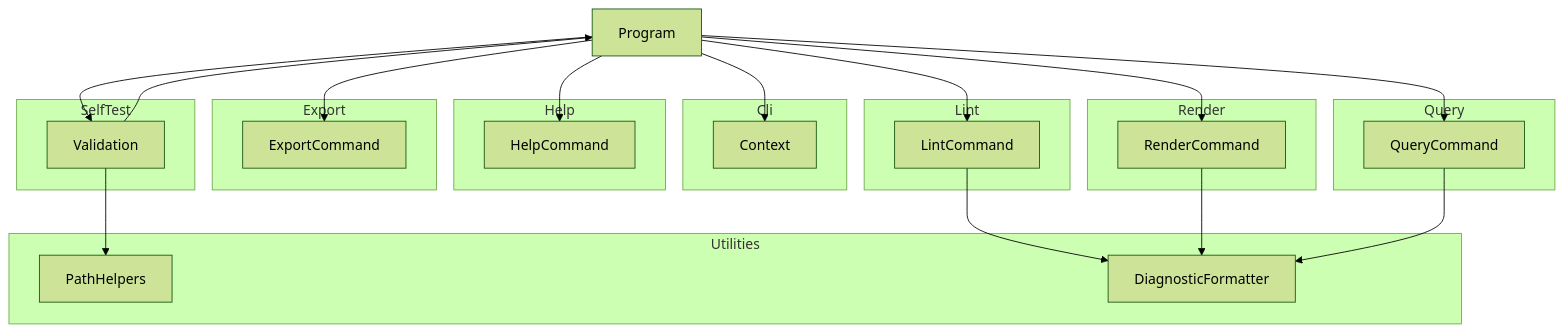
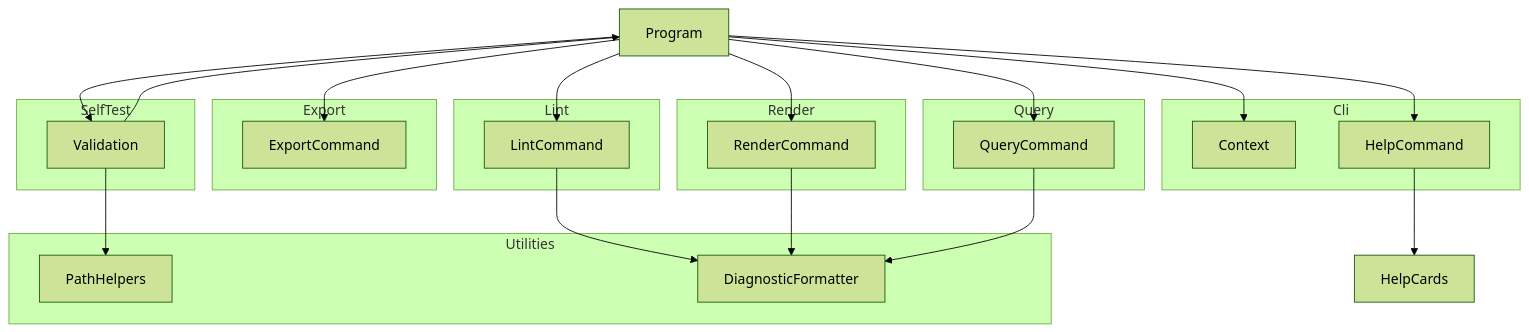
Before and after one commit to demaconsulting/SysML2Tools: the diagram in docs/design/sysml2-tools-tool.md, drawn with Mermaid (forest theme). The commit also changed other lines of this file and 93 other files, not shown here.

First line of the commit message:
Built-in help: migrate to HelpCards (#174)

````diff
--- a/docs/design/sysml2-tools-tool.md
+++ b/docs/design/sysml2-tools-tool.md
@@ -11,41 +11,40 @@
 ```mermaid
 flowchart TD
     Program
     subgraph Cli
         Context
+        HelpCommand
     end
     subgraph Lint
         LintCommand
     end
     subgraph Render
         RenderCommand
-    end
-    subgraph Help
-        HelpCommand
     end
     subgraph Query
         QueryCommand
     end
     subgraph Export
         ExportCommand
     end
     subgraph SelfTest
         Validation
     end
     subgraph Utilities
         PathHelpers
         DiagnosticFormatter
     end
     Program --> Context
     Program --> LintCommand
     Program --> RenderCommand
     Program --> HelpCommand
+    HelpCommand --> HelpCards
     Program --> QueryCommand
     Program --> ExportCommand
     Program --> Validation
     Validation --> Program
     Validation --> PathHelpers
     LintCommand --> DiagnosticFormatter
     RenderCommand --> DiagnosticFormatter
     QueryCommand --> DiagnosticFormatter
 ```
````
